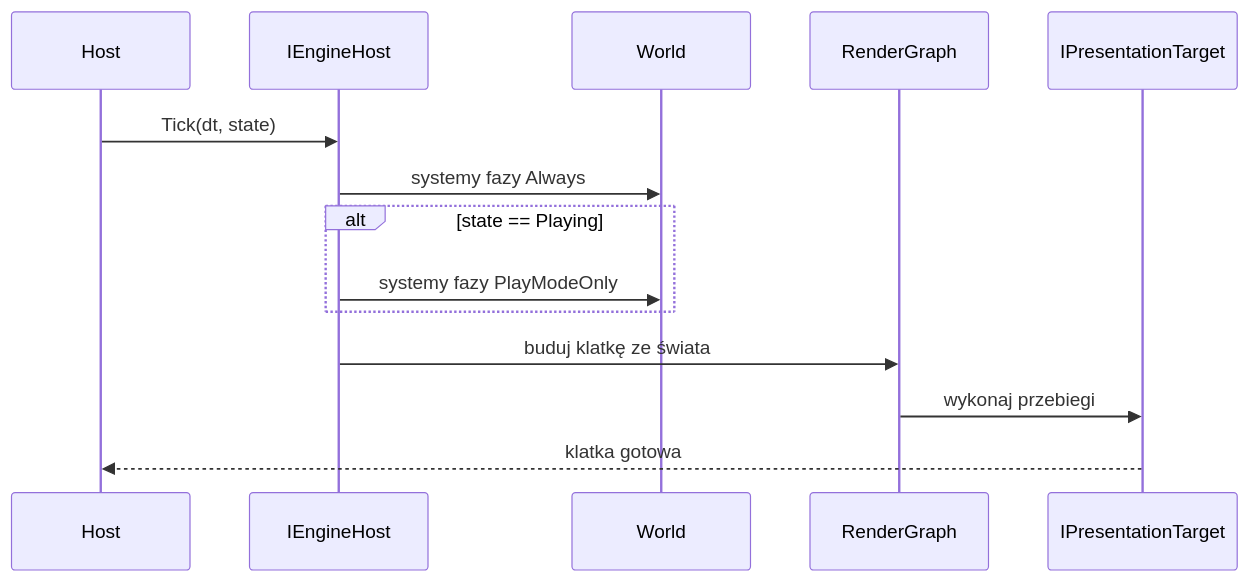
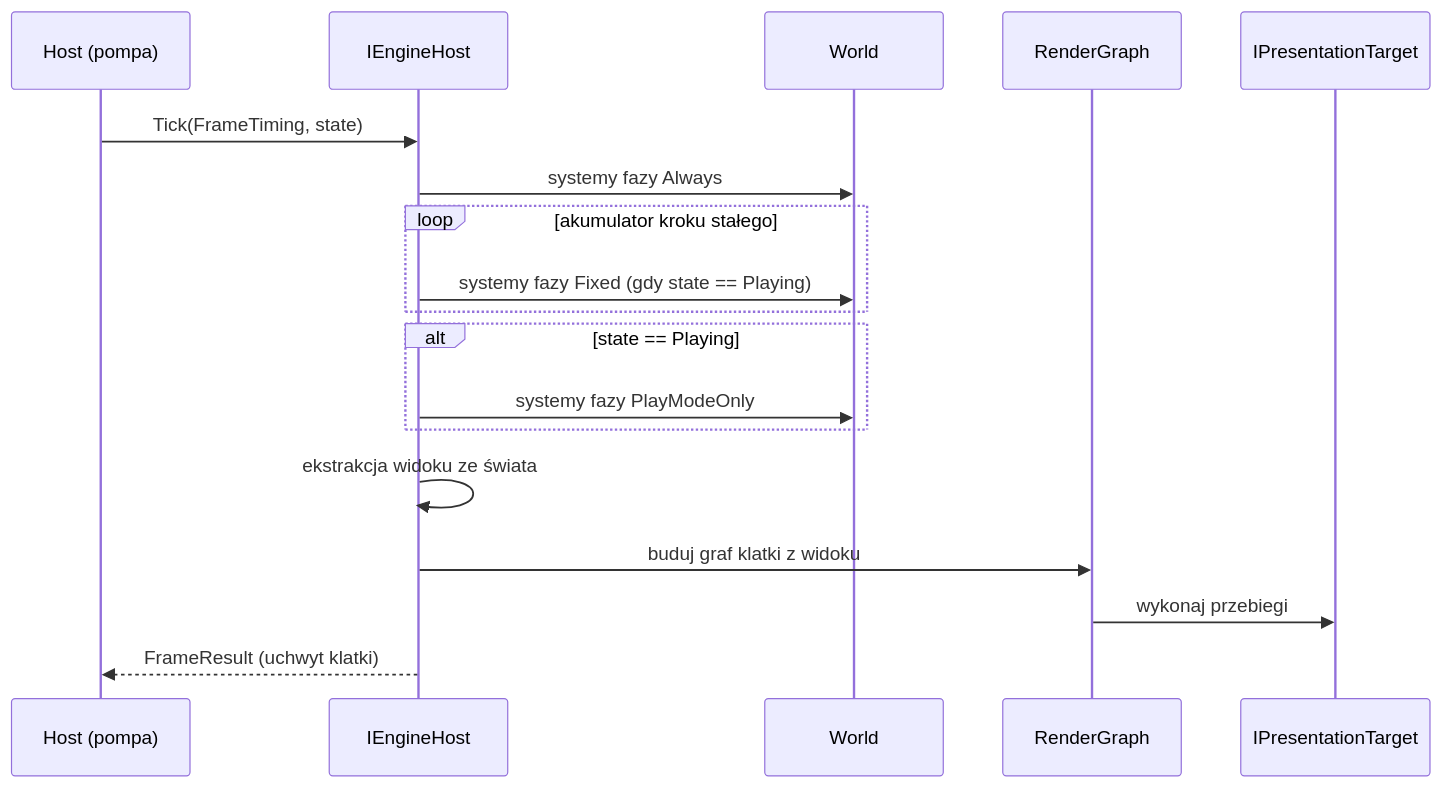
Before and after one commit to eXoz00rd/HEngine: the fourth of 10 diagrams in docs/TARGET_ARCHITECTURE.md, drawn with Mermaid. The commit also changed other lines of this file, not shown here.

First line of the commit message:
Refocus target architecture on the target state

````diff
--- a/docs/TARGET_ARCHITECTURE.md
+++ b/docs/TARGET_ARCHITECTURE.md
@@ -190,17 +288,21 @@
 ```mermaid
 sequenceDiagram
-    participant H as Host
+    participant H as Host (pompa)
     participant E as IEngineHost
     participant W as World
     participant R as RenderGraph
     participant P as IPresentationTarget
 
-    H->>E: Tick(dt, state)
+    H->>E: Tick(FrameTiming, state)
     E->>W: systemy fazy Always
+    loop akumulator kroku stałego
+        E->>W: systemy fazy Fixed (gdy state == Playing)
+    end
     alt state == Playing
         E->>W: systemy fazy PlayModeOnly
     end
-    E->>R: buduj klatkę ze świata
+    E->>E: ekstrakcja widoku ze świata
+    E->>R: buduj graf klatki z widoku
     R->>P: wykonaj przebiegi
-    P-->>H: klatka gotowa
+    E-->>H: FrameResult (uchwyt klatki)
 ```
````
